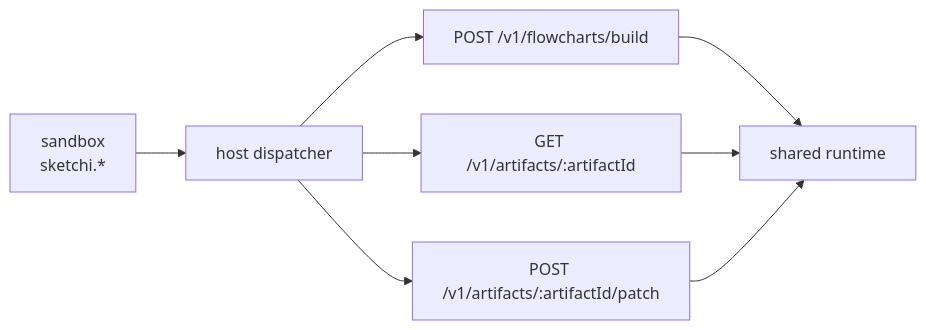
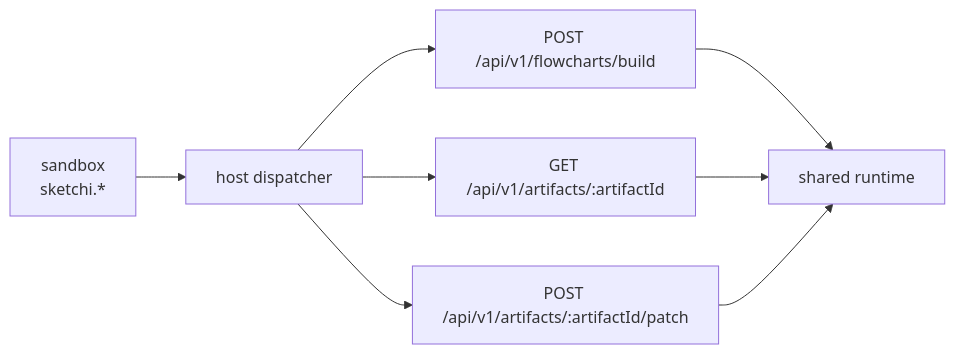
One commit to shpitdev/sketchi changed the fifth of 17 diagrams in docs/mcp-tool-catalog.md. Above: the diagram before and after it, drawn with Mermaid. The commit also changed other lines of this file and 31 other files, not shown here.

````diff
--- a/docs/mcp-tool-catalog.md
+++ b/docs/mcp-tool-catalog.md
@@ -247,17 +248,17 @@
 ```mermaid
 flowchart LR
   Code["sandbox<br/>sketchi.*"]
   Dispatcher["host dispatcher"]
-  Build["POST /v1/flowcharts/build"]
-  Artifact["GET /v1/artifacts/:artifactId"]
-  Patch["POST /v1/artifacts/:artifactId/patch"]
+  Build["POST /api/v1/flowcharts/build"]
+  Artifact["GET /api/v1/artifacts/:artifactId"]
+  Patch["POST /api/v1/artifacts/:artifactId/patch"]
   Runtime["shared runtime"]
 
   Code --> Dispatcher
   Dispatcher --> Build
   Dispatcher --> Artifact
   Dispatcher --> Patch
   Build --> Runtime
   Artifact --> Runtime
   Patch --> Runtime
 ```
````
